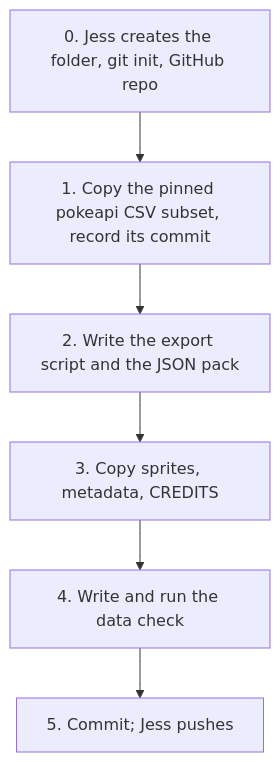
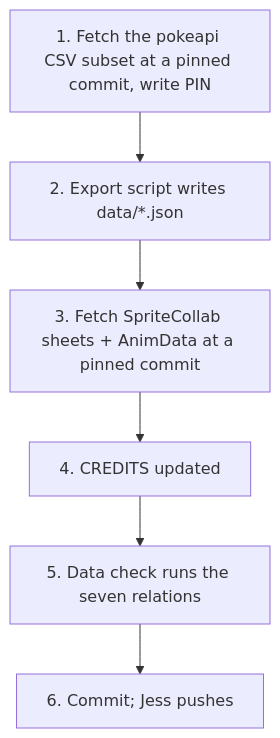
The second of 2 diagrams in docs/discussion-outputs/data-transfer-plan.md (Jess-Rivera/poketactics), drawn with Mermaid before and after one commit. The commit also changed other lines of this file and 13 other files, not shown here.

Commit message:
pokeapi decisions: units, variants, learnsets, methods, source pin; offline wiki; Godot 4; LF via .gitattributes

````diff
--- a/docs/discussion-outputs/data-transfer-plan.md
+++ b/docs/discussion-outputs/data-transfer-plan.md
@@ -67,8 +77,8 @@
 ```mermaid
 flowchart TD
-  A[0. Jess creates the folder, git init, GitHub repo] --> B[1. Copy the pinned pokeapi CSV subset, record its commit]
-  B --> C[2. Write the export script and the JSON pack]
-  C --> D[3. Copy sprites, metadata, CREDITS]
-  D --> E[4. Write and run the data check]
-  E --> F[5. Commit; Jess pushes]
+  A[1. Fetch the pokeapi CSV subset at a pinned commit, write PIN] --> B[2. Export script writes data/*.json]
+  B --> C[3. Fetch SpriteCollab sheets + AnimData at a pinned commit]
+  C --> D[4. CREDITS updated]
+  D --> E[5. Data check runs the seven relations]
+  E --> F[6. Commit; Jess pushes]
 ```
````
